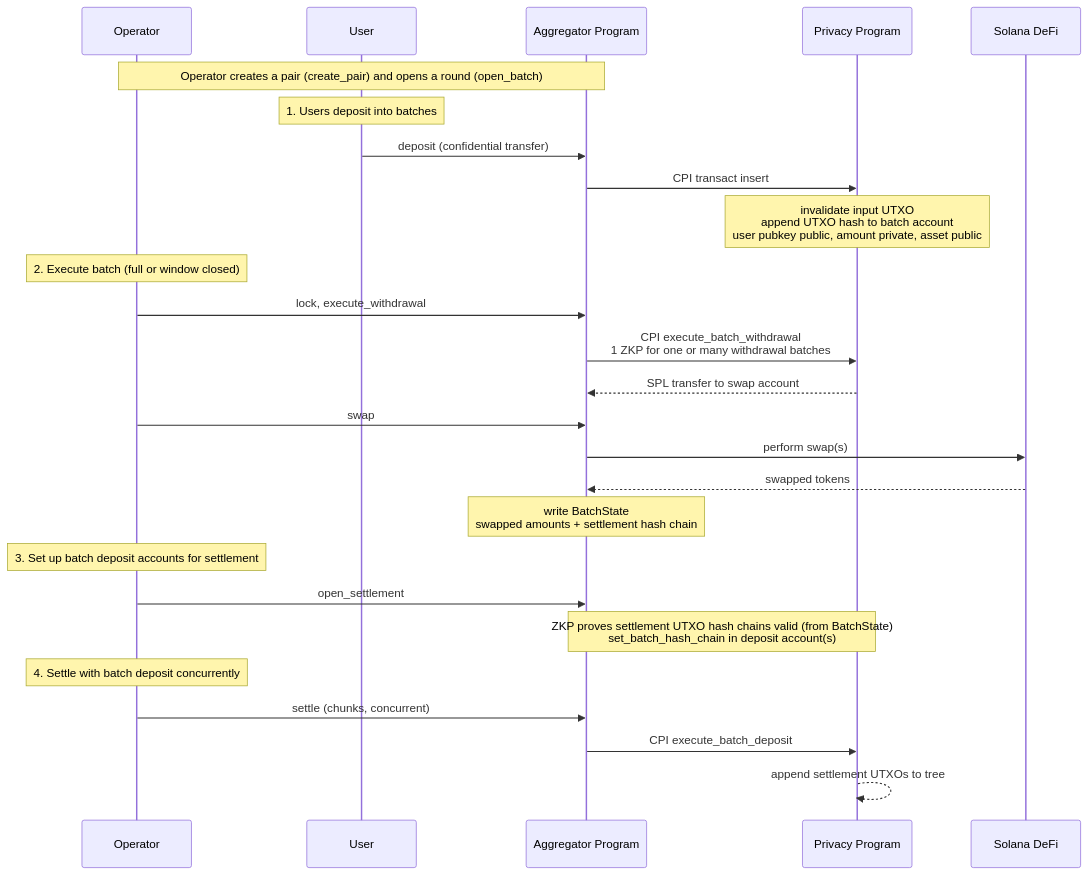
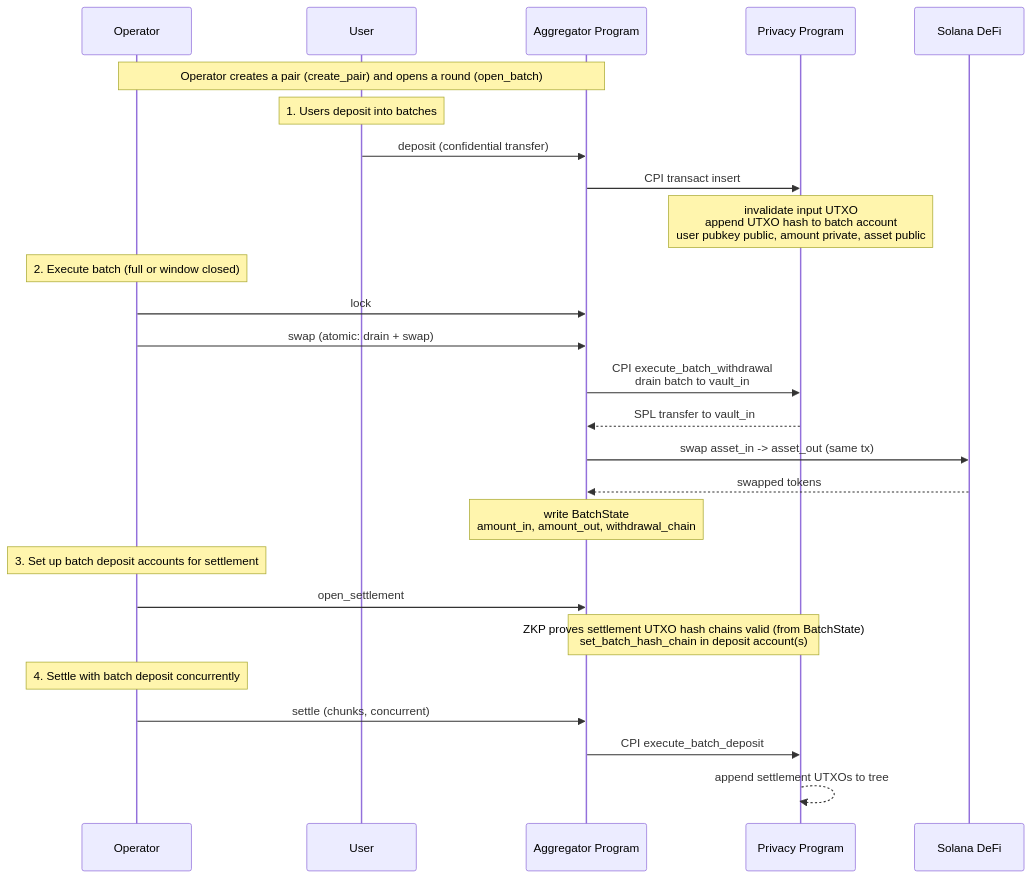
One commit to helius-labs/zolana changed the diagram in docs/batch_aggregator_program.md. Above: the diagram before and after it, drawn with Mermaid. The commit also changed other lines of this file, not shown here.

First line of the commit message:
docs: merge execute_withdrawal and swap into one atomic swap

````diff
--- a/docs/batch_aggregator_program.md
+++ b/docs/batch_aggregator_program.md
@@ -15,33 +15,33 @@
 ```mermaid
 sequenceDiagram
     participant Operator
     participant User
     participant Agg as Aggregator Program
     participant SPP as Privacy Program
     participant DeFi as Solana DeFi
 
     Note over Operator,Agg: Operator creates a pair (create_pair) and opens a round (open_batch)
 
     Note over User: 1. Users deposit into batches
     User->>Agg: deposit (confidential transfer)
     Agg->>SPP: CPI transact insert
     Note over SPP: invalidate input UTXO <br> append UTXO hash to batch account <br> user pubkey public, amount private, asset public
 
     Note over Operator: 2. Execute batch (full or window closed)
-    Operator->>Agg: lock, execute_withdrawal
-    Agg->>SPP: CPI execute_batch_withdrawal <br> 1 ZKP for one or many withdrawal batches
-    SPP-->>Agg: SPL transfer to swap account
-    Operator->>Agg: swap
-    Agg->>DeFi: perform swap(s)
+    Operator->>Agg: lock
+    Operator->>Agg: swap (atomic: drain + swap)
+    Agg->>SPP: CPI execute_batch_withdrawal <br> drain batch to vault_in
+    SPP-->>Agg: SPL transfer to vault_in
+    Agg->>DeFi: swap asset_in -> asset_out (same tx)
     DeFi-->>Agg: swapped tokens
-    Note over Agg: write BatchState <br> swapped amounts + settlement hash chain
+    Note over Agg: write BatchState <br> amount_in, amount_out, withdrawal_chain
 
     Note over Operator: 3. Set up batch deposit accounts for settlement
     Operator->>Agg: open_settlement
     Note over Agg,SPP: ZKP proves settlement UTXO hash chains valid (from BatchState) <br> set_batch_hash_chain in deposit account(s)
 
     Note over Operator: 4. Settle with batch deposit concurrently
     Operator->>Agg: settle (chunks, concurrent)
     Agg->>SPP: CPI execute_batch_deposit
     SPP-->>SPP: append settlement UTXOs to tree
 ```
````
